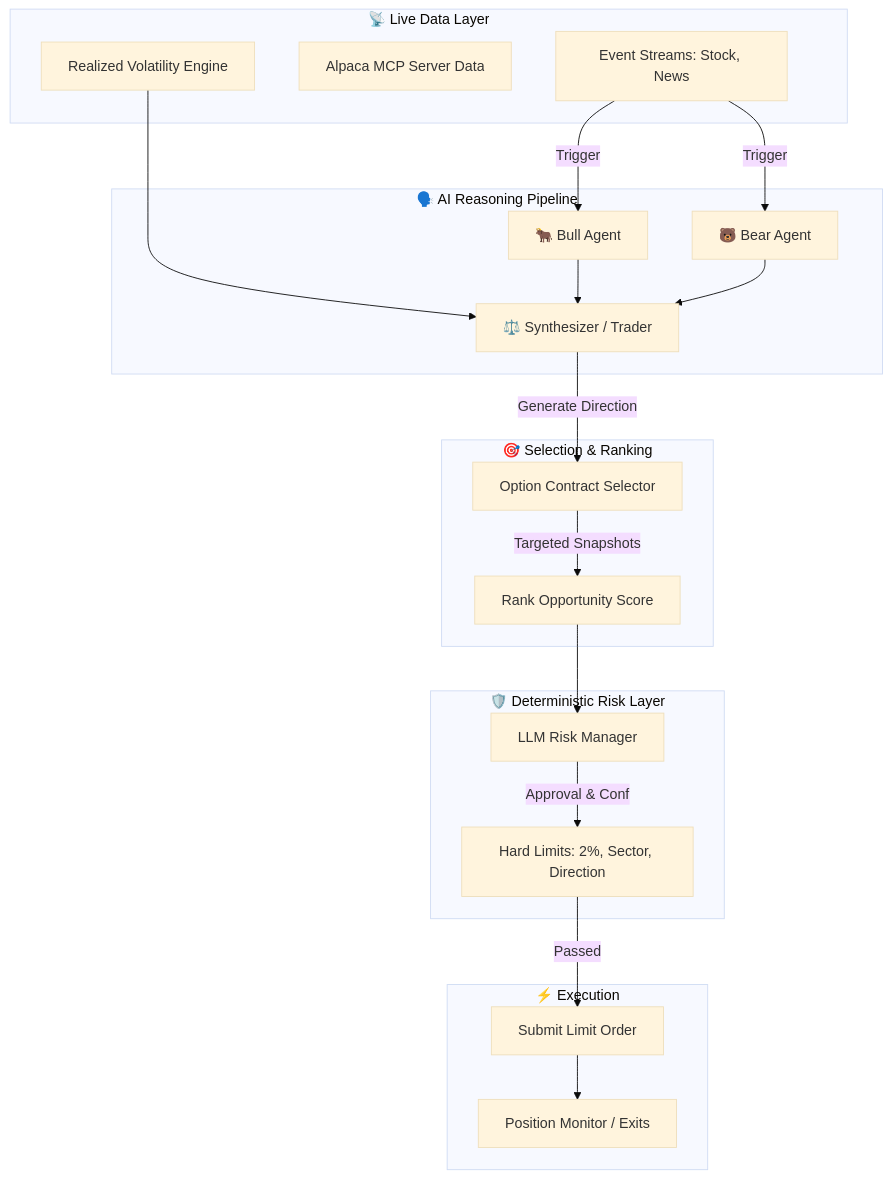
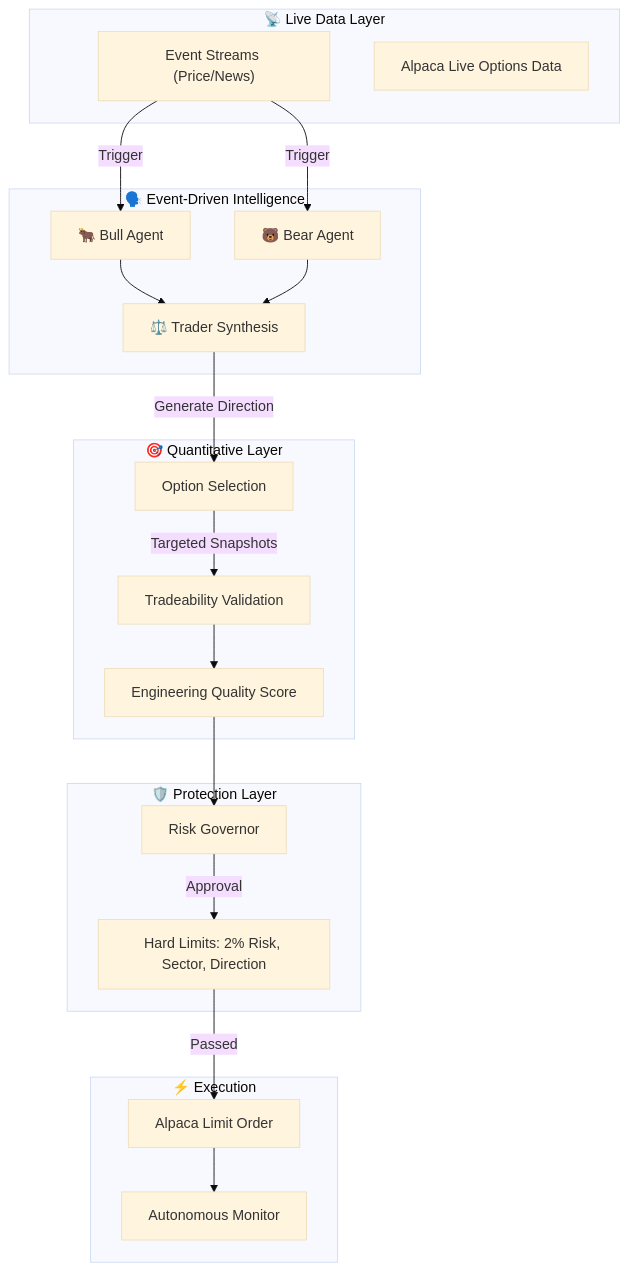
Before and after one commit to Arman-046/AegisAlpha: the diagram in README.md, drawn with Mermaid (base theme). The commit also changed other lines of this file and 16 other files, not shown here.

````diff
--- a/README.md
+++ b/README.md
@@ -65,31 +47,30 @@
 ```mermaid
 flowchart TD
     subgraph DataLayer ["📡 Live Data Layer"]
-        E["Event Streams: Stock, News"]
-        A["Alpaca MCP Server Data"]
-        V["Realized Volatility Engine"]
+        E["Event Streams (Price/News)"]
+        A["Alpaca Live Options Data"]
     end
 
-    subgraph Reasoning ["🗣️ AI Reasoning Pipeline"]
+    subgraph Reasoning ["🗣️ Event-Driven Intelligence"]
         E -->|Trigger| B["🐂 Bull Agent"]
         E -->|Trigger| Be["🐻 Bear Agent"]
-        V --> T
-        B --> T["⚖️ Synthesizer / Trader"]
+        B --> T["⚖️ Trader Synthesis"]
         Be --> T
     end
 
-    subgraph Selection ["🎯 Selection & Ranking"]
-        T -->|Generate Direction| S["Option Contract Selector"]
-        S -->|Targeted Snapshots| R["Rank Opportunity Score"]
+    subgraph Selection ["🎯 Quantitative Layer"]
+        T -->|Generate Direction| S["Option Selection"]
+        S -->|Targeted Snapshots| V["Tradeability Validation"]
+        V --> R["Engineering Quality Score"]
     end
 
-    subgraph RiskLayer ["🛡️ Deterministic Risk Layer"]
-        R --> RM["LLM Risk Manager"]
-        RM -->|Approval & Conf| HL["Hard Limits: 2%, Sector, Direction"]
+    subgraph RiskLayer ["🛡️ Protection Layer"]
+        R --> RM["Risk Governor"]
+        RM -->|Approval| HL["Hard Limits: 2% Risk, Sector, Direction"]
     end
 
     subgraph ExecutionLayer ["⚡ Execution"]
-        HL -->|Passed| O["Submit Limit Order"]
-        O --> M["Position Monitor / Exits"]
+        HL -->|Passed| O["Alpaca Limit Order"]
+        O --> M["Autonomous Monitor"]
     end
 ```
````
